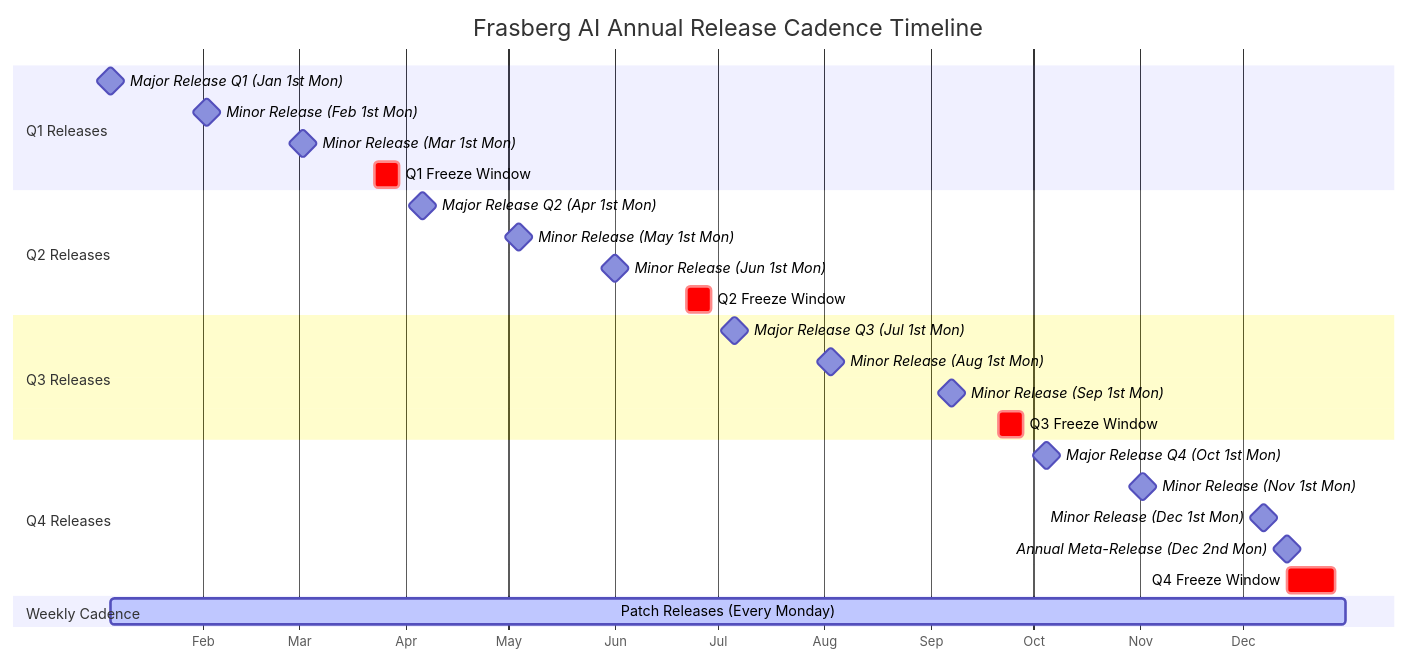
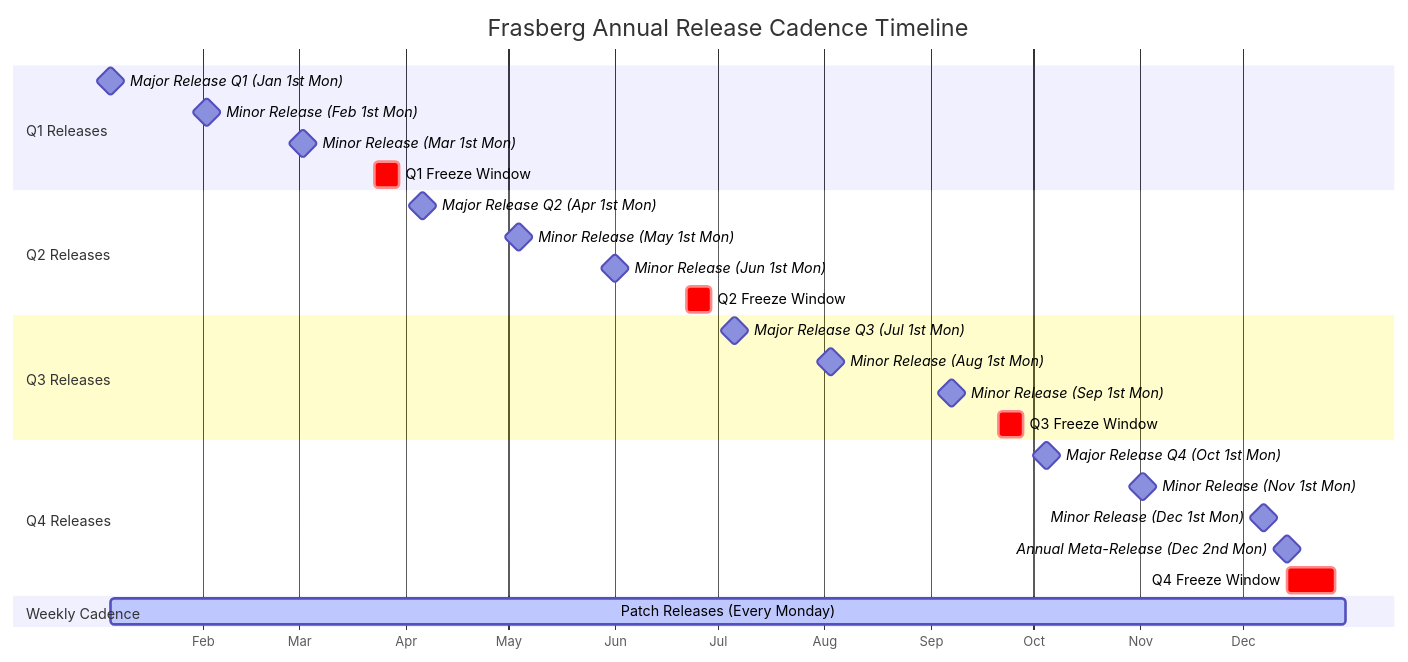
The first of 7 diagrams in RELEASE_CALENDAR.md (frasberg-code/frasberg-secure-runtime), drawn with Mermaid before and after one commit. The commit also changed other lines of this file, not shown here.

First line of the commit message:
Revise release calendar to remove 'AI' from title

````diff
--- a/RELEASE_CALENDAR.md
+++ b/RELEASE_CALENDAR.md
@@ -151,34 +151,34 @@
 ```mermaid
 gantt
-    title Frasberg AI Annual Release Cadence Timeline
+    title Frasberg Annual Release Cadence Timeline
     dateFormat YYYY-MM-DD
     axisFormat %b
     
     section Q1 Releases
     Major Release Q1 (Jan 1st Mon)    :milestone, m1, 2026-01-05, 0d
     Minor Release (Feb 1st Mon)       :milestone, m2, 2026-02-02, 0d
     Minor Release (Mar 1st Mon)       :milestone, m3, 2026-03-02, 0d
     Q1 Freeze Window                  :crit, f1, 2026-03-23, 7d
     
     section Q2 Releases
     Major Release Q2 (Apr 1st Mon)    :milestone, m4, 2026-04-06, 0d
     Minor Release (May 1st Mon)       :milestone, m5, 2026-05-04, 0d
     Minor Release (Jun 1st Mon)       :milestone, m6, 2026-06-01, 0d
     Q2 Freeze Window                  :crit, f2, 2026-06-22, 7d
     
     section Q3 Releases
     Major Release Q3 (Jul 1st Mon)    :milestone, m7, 2026-07-06, 0d
     Minor Release (Aug 1st Mon)       :milestone, m8, 2026-08-03, 0d
     Minor Release (Sep 1st Mon)       :milestone, m9, 2026-09-07, 0d
     Q3 Freeze Window                  :crit, f3, 2026-09-21, 7d
     
     section Q4 Releases
     Major Release Q4 (Oct 1st Mon)    :milestone, m10, 2026-10-05, 0d
     Minor Release (Nov 1st Mon)       :milestone, m11, 2026-11-02, 0d
     Minor Release (Dec 1st Mon)       :milestone, m12, 2026-12-07, 0d
     Annual Meta-Release (Dec 2nd Mon) :milestone, meta, 2026-12-14, 0d
     Q4 Freeze Window                  :crit, f4, 2026-12-14, 14d
     
     section Weekly Cadence
     Patch Releases (Every Monday)     :active, patches, 2026-01-05, 360d
 ```
````
